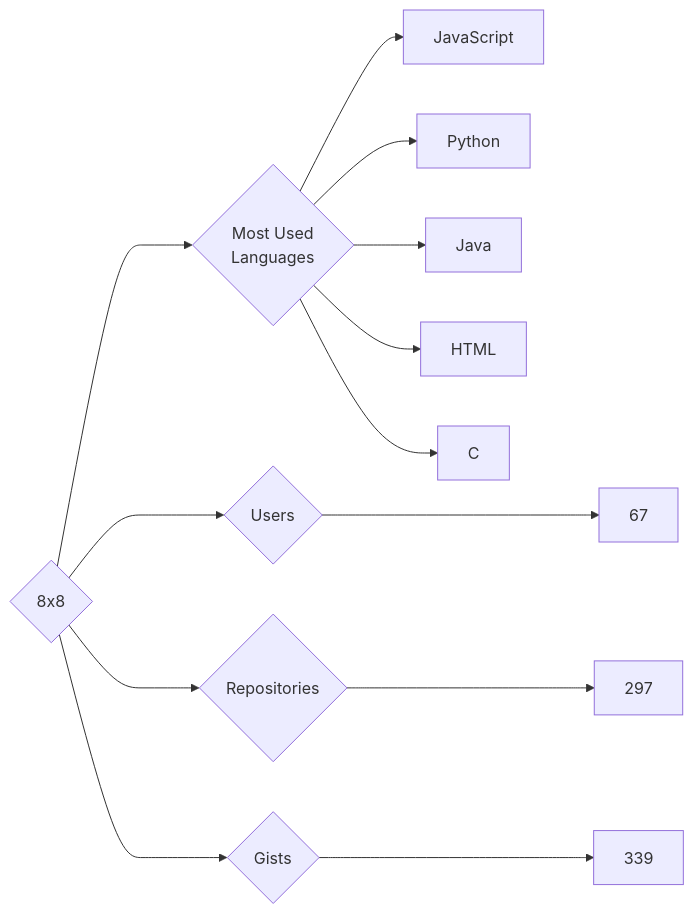
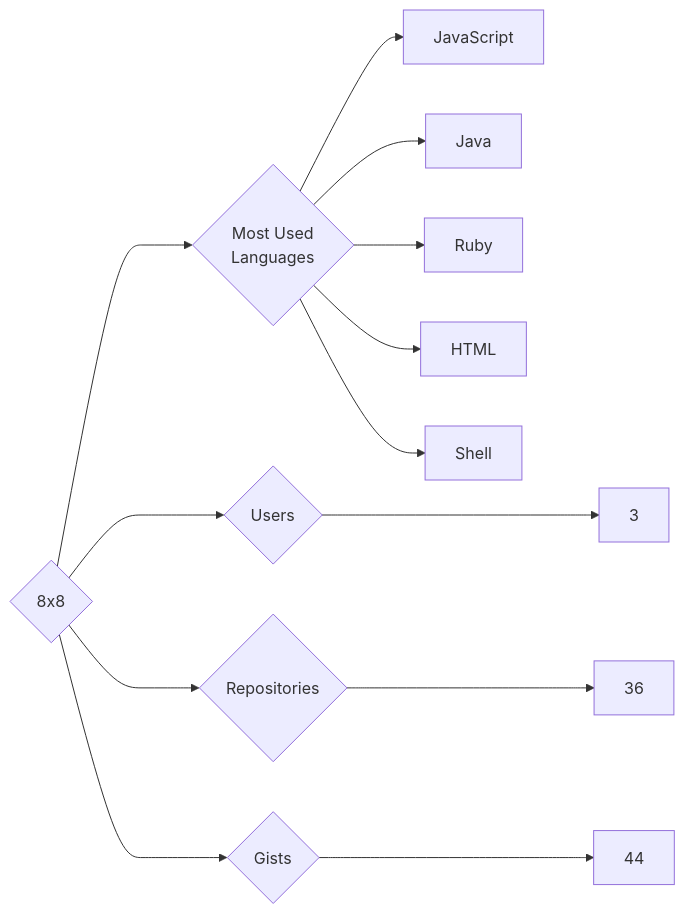
The diagram in targets/8x8/README.md (trickest/insiders), drawn with Mermaid before and after one commit. The commit also changed 823 other files, not shown here.

````diff
--- a/targets/8x8/README.md
+++ b/targets/8x8/README.md
@@ -3,13 +3,13 @@
 ```mermaid
 graph LR
 COMPANY_NAME{8x8}
-COMPANY_NAME ---> U{Users} ---> UN[67]
-COMPANY_NAME ---> R{Repositories} ---> RN[297]
-COMPANY_NAME ---> G{Gists} ---> GN[339]
+COMPANY_NAME ---> U{Users} ---> UN[3]
+COMPANY_NAME ---> R{Repositories} ---> RN[36]
+COMPANY_NAME ---> G{Gists} ---> GN[44]
 COMPANY_NAME ---> ML{Most Used<br>Languages}
 ML --> JavaScript[JavaScript]
-ML --> Python[Python]
 ML --> Java[Java]
+ML --> Ruby[Ruby]
 ML --> HTML[HTML]
-ML --> C[C]
+ML --> Shell[Shell]
 ```
````
